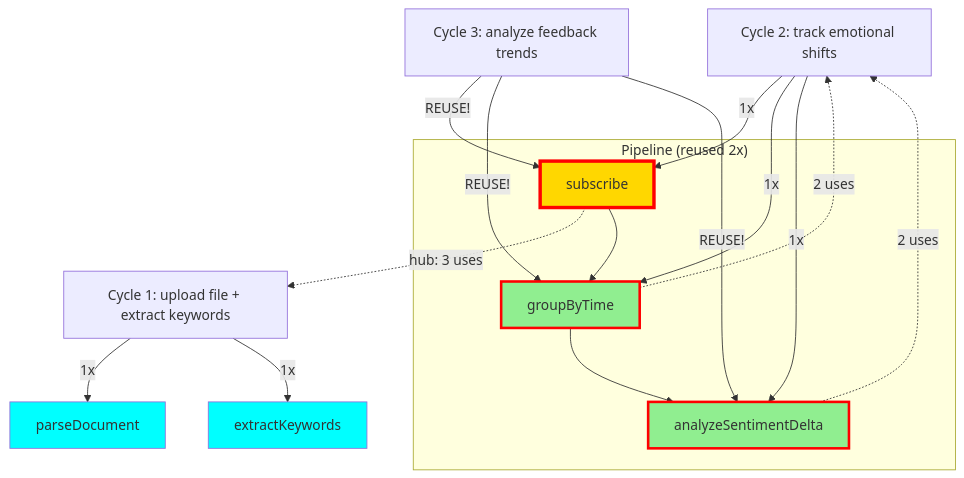
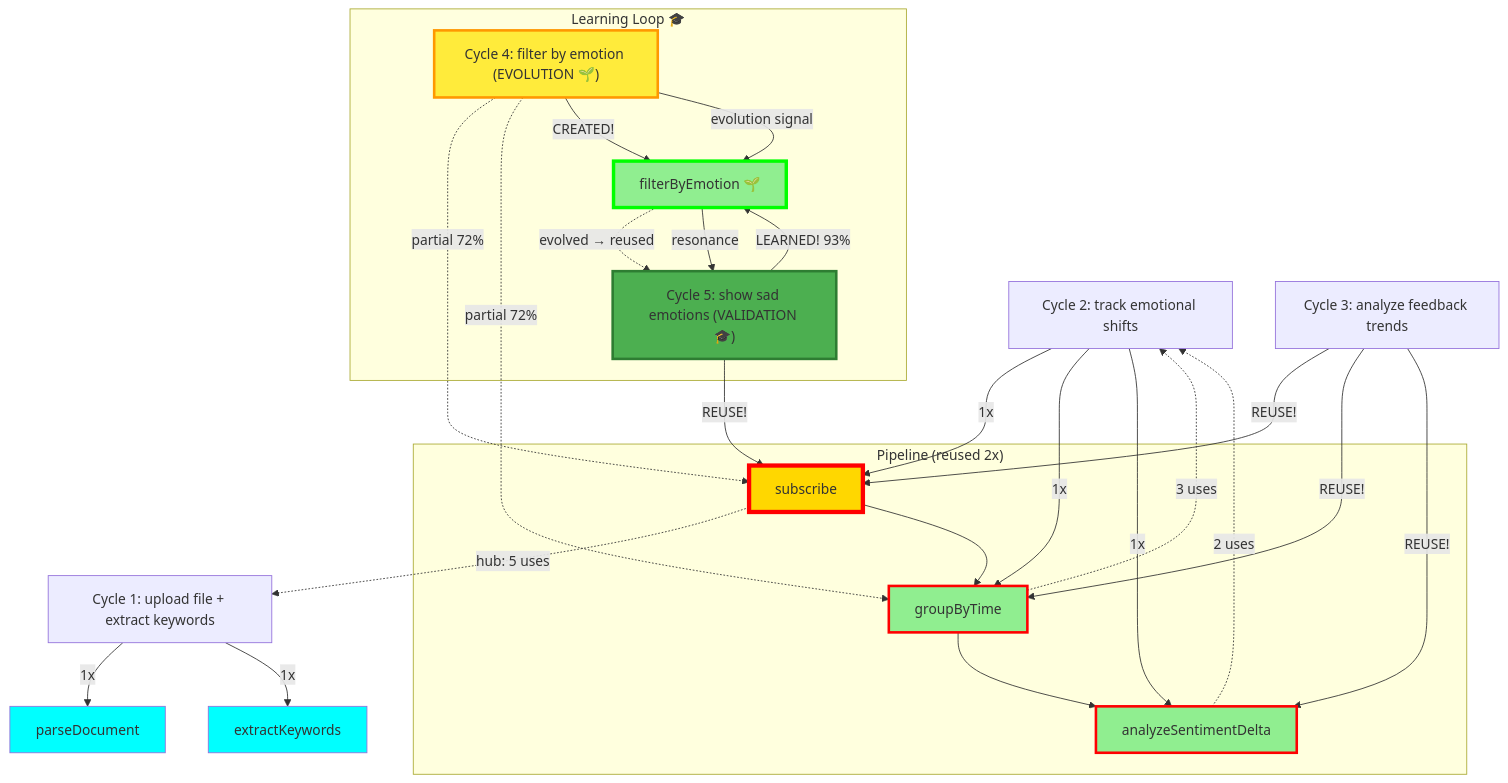
The diagram in packages/copilot-bridge/RESONANCE_LOG.md (s0fractal/lambda-foundation), drawn with Mermaid before and after one commit. The commit also changed other lines of this file, not shown here.

First line of the commit message:
🎓 Cycle 5: Learning Loop VALIDATED - Evolution → Resonance proven

````diff
--- a/packages/copilot-bridge/RESONANCE_LOG.md
+++ b/packages/copilot-bridge/RESONANCE_LOG.md
@@ -205,31 +270,49 @@
 ```mermaid
 graph TD
     I1["Cycle 1: upload file + extract keywords"]
     I1 -->|1x| M_parseDocument["parseDocument"]
     I1 -->|1x| M_extractKeywords["extractKeywords"]
 
     I2["Cycle 2: track emotional shifts"]
     I2 -->|1x| M_subscribe["subscribe"]
     I2 -->|1x| M_groupByTime["groupByTime"]
     I2 -->|1x| M_analyzeSentimentDelta["analyzeSentimentDelta"]
 
     I3["Cycle 3: analyze feedback trends"]
     I3 -->|REUSE!| M_subscribe
     I3 -->|REUSE!| M_groupByTime
     I3 -->|REUSE!| M_analyzeSentimentDelta
 
-    M_subscribe -.->|hub: 3 uses| I1
-    M_groupByTime -.->|2 uses| I2
+    I4["Cycle 4: filter by emotion (EVOLUTION 🌱)"]
+    I4 -.->|partial 72%| M_subscribe
+    I4 -.->|partial 72%| M_groupByTime
+    I4 -->|CREATED!| M_filterByEmotion["filterByEmotion 🌱"]
+
+    I5["Cycle 5: show sad emotions (VALIDATION 🎓)"]
+    I5 -->|REUSE!| M_subscribe
+    I5 -->|LEARNED! 93%| M_filterByEmotion
+
+    M_subscribe -.->|hub: 5 uses| I1
+    M_groupByTime -.->|3 uses| I2
     M_analyzeSentimentDelta -.->|2 uses| I2
+    M_filterByEmotion -.->|evolved → reused| I5
+
+    subgraph "Learning Loop 🎓"
+        I4 -->|"evolution signal"| M_filterByEmotion
+        M_filterByEmotion -->|"resonance"| I5
+    end
 
     subgraph "Pipeline (reused 2x)"
         M_subscribe --> M_groupByTime
         M_groupByTime --> M_analyzeSentimentDelta
     end
 
-    style M_subscribe fill:#ffd700,stroke:#ff0000,stroke-width:4px
+    style M_subscribe fill:#ffd700,stroke:#ff0000,stroke-width:5px
+    style M_filterByEmotion fill:#90ee90,stroke:#00ff00,stroke-width:4px
     style M_groupByTime fill:#90ee90,stroke:#ff0000,stroke-width:3px
     style M_analyzeSentimentDelta fill:#90ee90,stroke:#ff0000,stroke-width:3px
     style M_parseDocument fill:#00ffff
     style M_extractKeywords fill:#00ffff
+    style I4 fill:#ffeb3b,stroke:#ff9800,stroke-width:3px
+    style I5 fill:#4caf50,stroke:#2e7d32,stroke-width:3px
 ```
````
